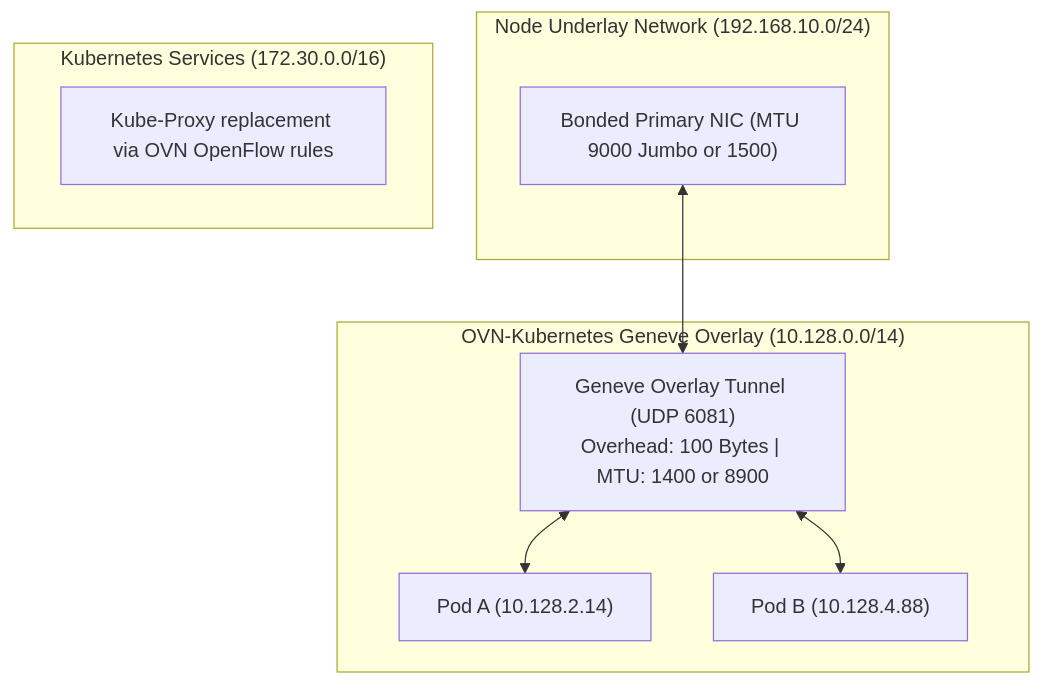
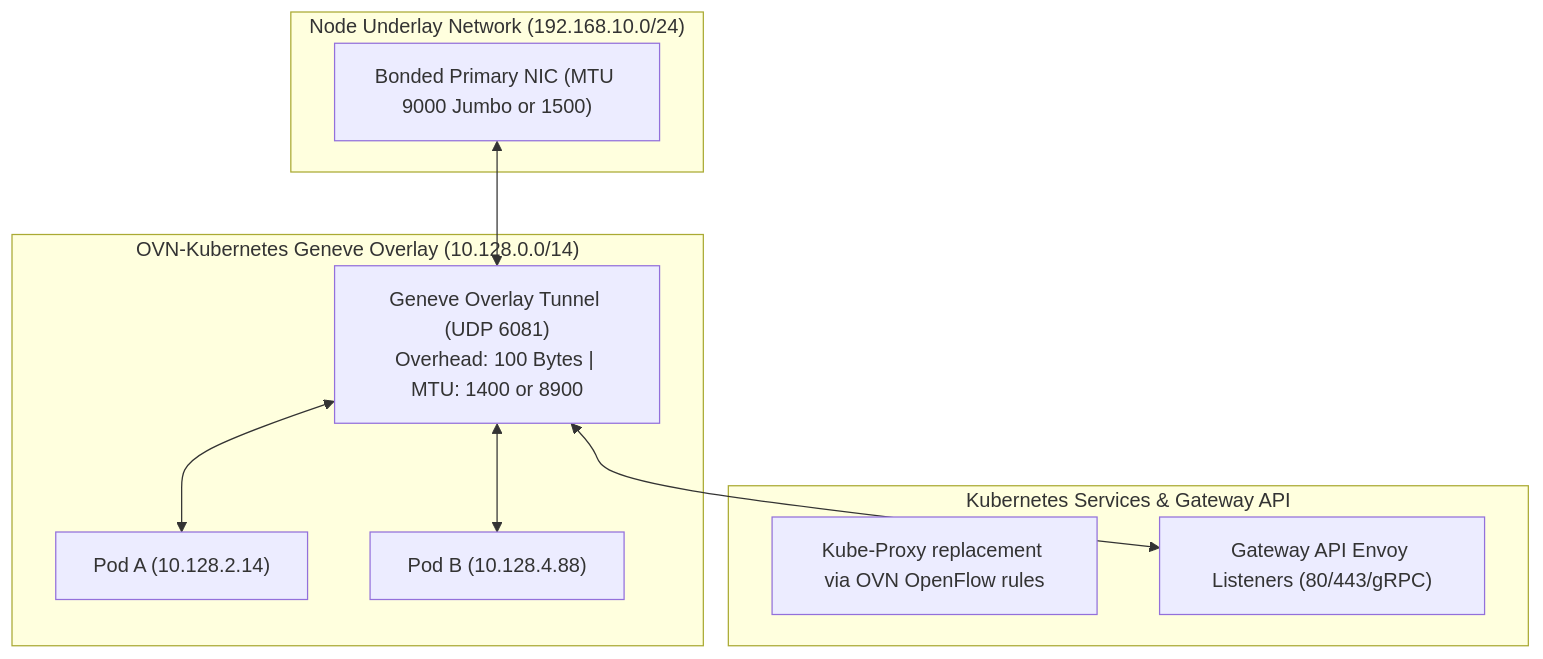
The diagram in docs/03-network-and-connectivity/README.md (nubenetes/openshift-4-20-installation-day0-day2), drawn with Mermaid before and after one commit. The commit also changed other lines of this file and 12 other files, not shown here.

Commit message:
feat(net): integrate Kubernetes Gateway API standard across architectures, AI streaming, virtualization, and manifests

````diff
--- a/docs/03-network-and-connectivity/README.md
+++ b/docs/03-network-and-connectivity/README.md
@@ -20,20 +30,22 @@
 ```mermaid
 flowchart TD
     subgraph HostNetwork[" Node Underlay Network (192.168.10.0/24) "]
         eth0["Bonded Primary NIC (MTU 9000 Jumbo or 1500)"]
     end
 
     subgraph OVNOverlay[" OVN-Kubernetes Geneve Overlay (10.128.0.0/14) "]
         GeneveTunnel["Geneve Overlay Tunnel (UDP 6081)<br/>Overhead: 100 Bytes | MTU: 1400 or 8900"]
         Pod1["Pod A (10.128.2.14)"]
         Pod2["Pod B (10.128.4.88)"]
         GeneveTunnel <--> Pod1
         GeneveTunnel <--> Pod2
     end
 
-    subgraph Services["Kubernetes Services (172.30.0.0/16)"]
+    subgraph Services["Kubernetes Services & Gateway API"]
         ClusterIP["Kube-Proxy replacement via OVN OpenFlow rules"]
+        Gateway["Gateway API Envoy Listeners (80/443/gRPC)"]
     end
 
     eth0 <--> GeneveTunnel
+    GeneveTunnel <--> Gateway
 ```
````
